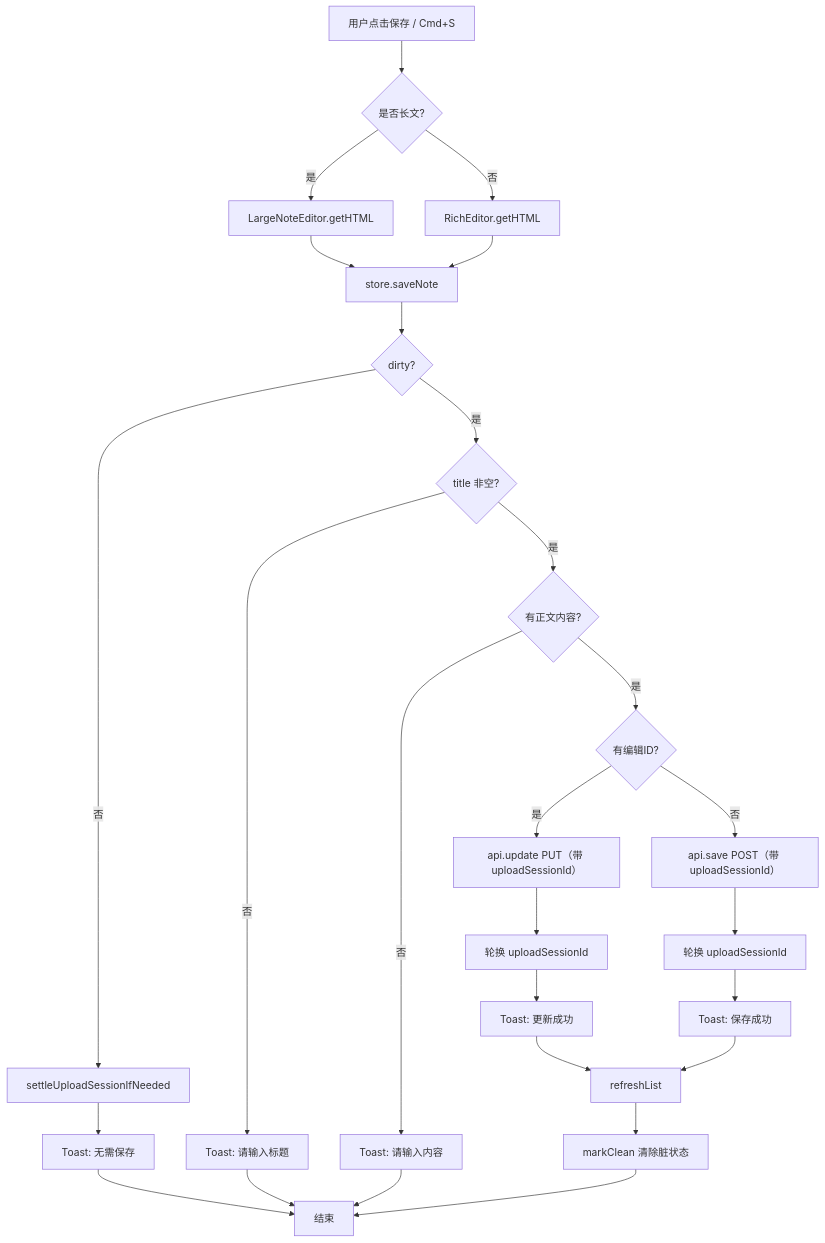
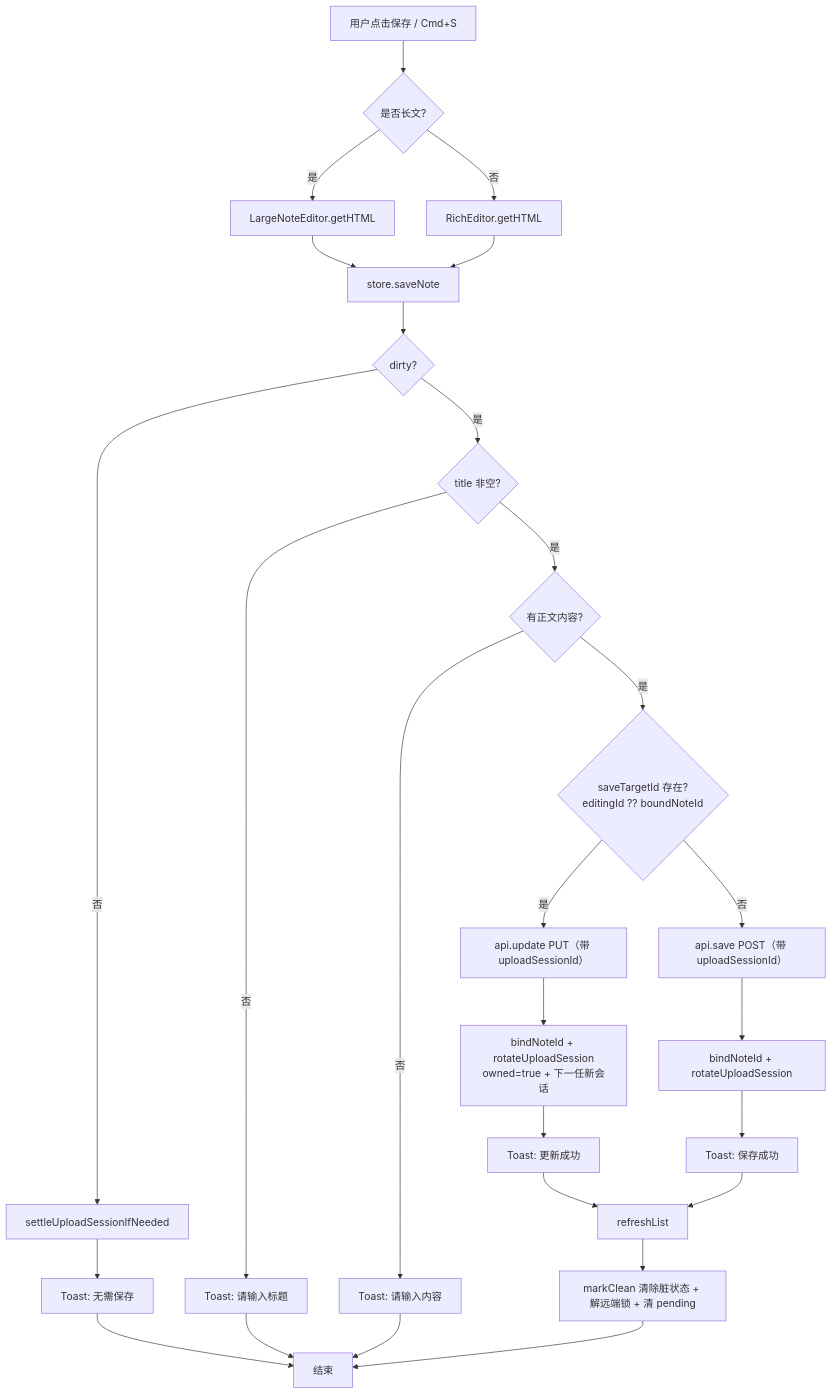
One commit to dnhyxc/dnhyxc-ai-plugins changed the second of 4 diagrams in docs/learning-notes.md. Above: the diagram before and after it, drawn with Mermaid. The commit also changed other lines of this file and 6 other files, not shown here.

````diff
--- a/docs/learning-notes.md
+++ b/docs/learning-notes.md
@@ -101,29 +111,29 @@
 ```mermaid
 flowchart TD
     A[用户点击保存 / Cmd+S] --> B{是否长文?}
     B -->|是| C[LargeNoteEditor.getHTML]
     B -->|否| D[RichEditor.getHTML]
     C --> E[store.saveNote]
     D --> E
     E --> F{dirty?}
     F -->|否| F2[settleUploadSessionIfNeeded]
     F2 --> G[Toast: 无需保存]
     F -->|是| H{title 非空?}
     H -->|否| I[Toast: 请输入标题]
     H -->|是| J{有正文内容?}
     J -->|否| K[Toast: 请输入内容]
-    J -->|是| L{有编辑ID?}
+    J -->|是| L{saveTargetId 存在?<br/>editingId ?? boundNoteId}
     L -->|是| M[api.update PUT（带 uploadSessionId）]
     L -->|否| N[api.save POST（带 uploadSessionId）]
-    M --> M2[轮换 uploadSessionId]
-    N --> N2[轮换 uploadSessionId]
+    M --> M2[bindNoteId + rotateUploadSession<br/>owned=true + 下一任新会话]
+    N --> N2[bindNoteId + rotateUploadSession]
     M2 --> O[Toast: 更新成功]
     N2 --> P[Toast: 保存成功]
     O --> Q[refreshList]
     P --> Q
-    Q --> R[markClean 清除脏状态]
+    Q --> R[markClean 清除脏状态 + 解远端锁 + 清 pending]
     G --> S[结束]
     I --> S
     K --> S
     R --> S
 ```
````
